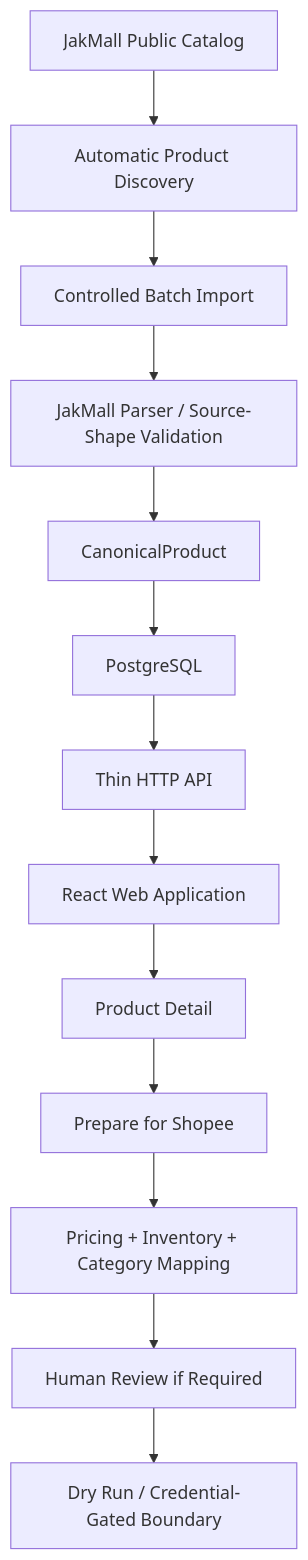
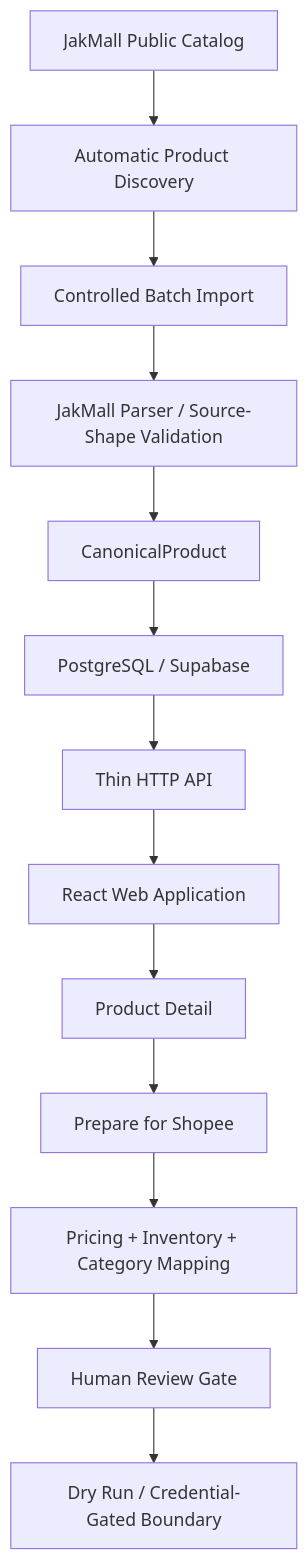
The first of 2 diagrams in intelligent-commerce-sync/README.md (Nachsyas/Jakmall-Project), drawn with Mermaid before and after one commit. The commit also changed other lines of this file, not shown here.

````diff
--- a/intelligent-commerce-sync/README.md
+++ b/intelligent-commerce-sync/README.md
@@ -60,15 +63,15 @@
 ```mermaid
 flowchart TD
     A[JakMall Public Catalog] --> B[Automatic Product Discovery]
     B --> C[Controlled Batch Import]
     C --> D[JakMall Parser / Source-Shape Validation]
     D --> E[CanonicalProduct]
-    E --> F[PostgreSQL]
+    E --> F[PostgreSQL / Supabase]
     F --> G[Thin HTTP API]
     G --> H[React Web Application]
     H --> I[Product Detail]
     I --> J[Prepare for Shopee]
     J --> K[Pricing + Inventory + Category Mapping]
-    K --> L[Human Review if Required]
+    K --> L[Human Review Gate]
     L --> M[Dry Run / Credential-Gated Boundary]
 ```
````
